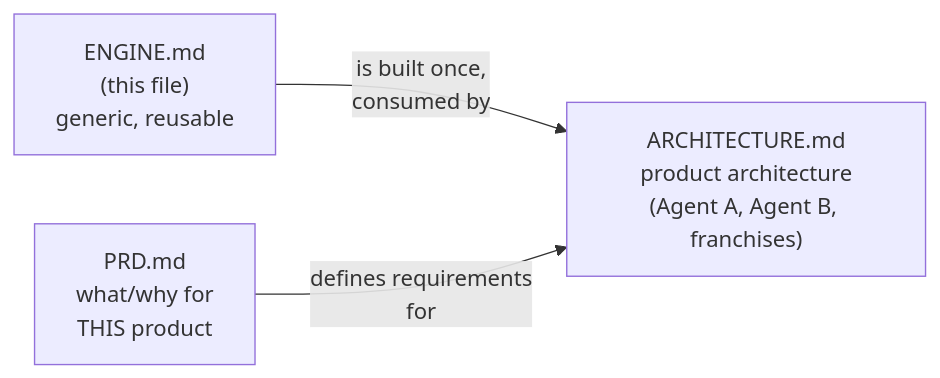
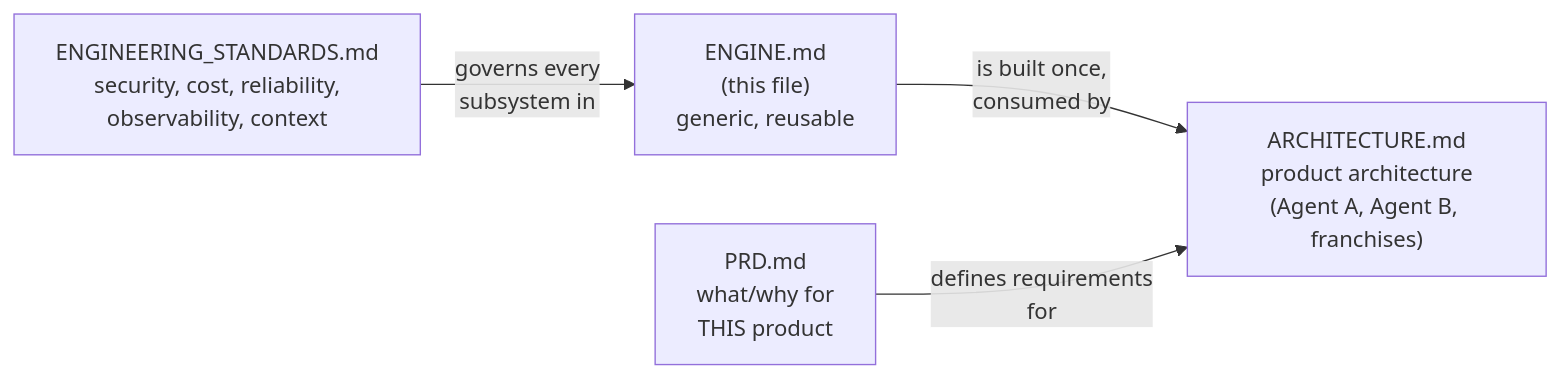
Before and after one commit to p229279-cmyk/oranare: the first of 2 diagrams in docs/ENGINE.md, drawn with Mermaid. The commit also changed other lines of this file and 2 other files, not shown here.

````diff
--- a/docs/ENGINE.md
+++ b/docs/ENGINE.md
@@ -11,9 +11,11 @@
 ```mermaid
 flowchart LR
     ENGINE["ENGINE.md<br/>(this file)<br/>generic, reusable"]
+    STANDARDS["ENGINEERING_STANDARDS.md<br/>security, cost, reliability,<br/>observability, context"]
     PRODUCT["ARCHITECTURE.md<br/>product architecture<br/>(Agent A, Agent B, franchises)"]
     PRD["PRD.md<br/>what/why for<br/>THIS product"]
 
     ENGINE -->|"is built once,<br/>consumed by"| PRODUCT
+    STANDARDS -->|"governs every<br/>subsystem in"| ENGINE
     PRD -->|"defines requirements<br/>for"| PRODUCT
 ```
````
